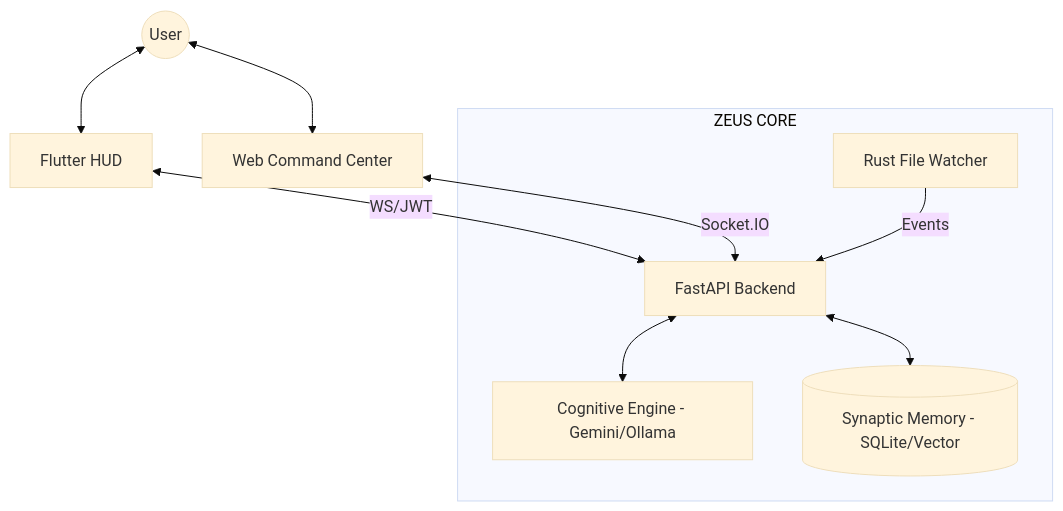
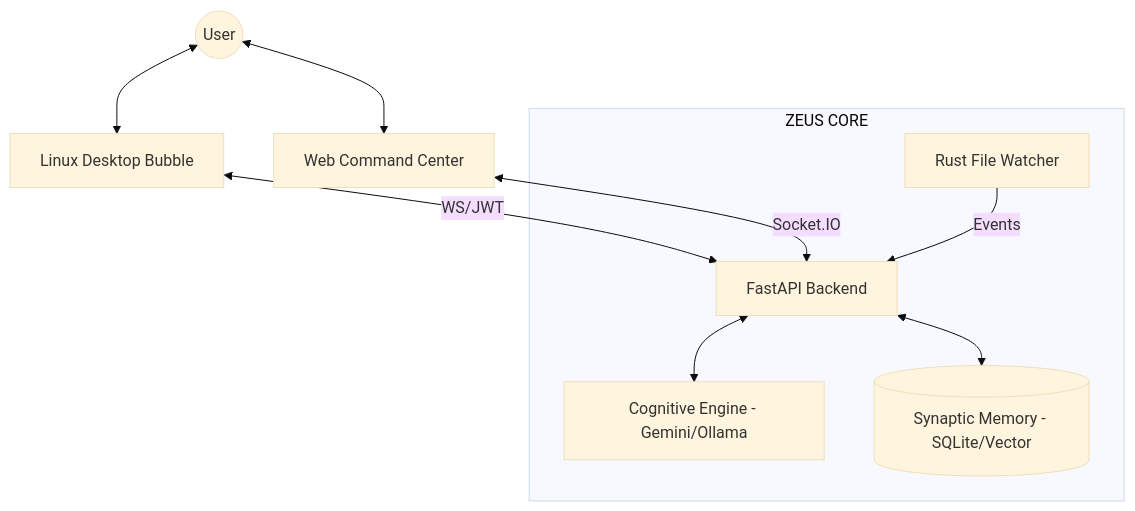
Before and after one commit to zeusinfra/NEXUS: the first of 2 diagrams in README.md, drawn with Mermaid (base theme). The commit also changed other lines of this file and 89 other files, not shown here.

````diff
--- a/README.md
+++ b/README.md
@@ -23,18 +23,18 @@
 ```mermaid
 graph TD
-    User((User)) <--> Mobile[Flutter HUD]
+    User((User)) <--> Bubble[Linux Desktop Bubble]
     User <--> Web[Web Command Center]
     
     subgraph Core[ZEUS CORE]
         API[FastAPI Backend]
         LLM[Cognitive Engine - Gemini/Ollama]
         Memory[(Synaptic Memory - SQLite/Vector)]
         Watcher[Rust File Watcher]
     end
     
-    Mobile <-->|WS/JWT| API
+    Bubble <-->|WS/JWT| API
     Web <-->|Socket.IO| API
     API <--> LLM
     API <--> Memory
     Watcher -->|Events| API
 ```
````
